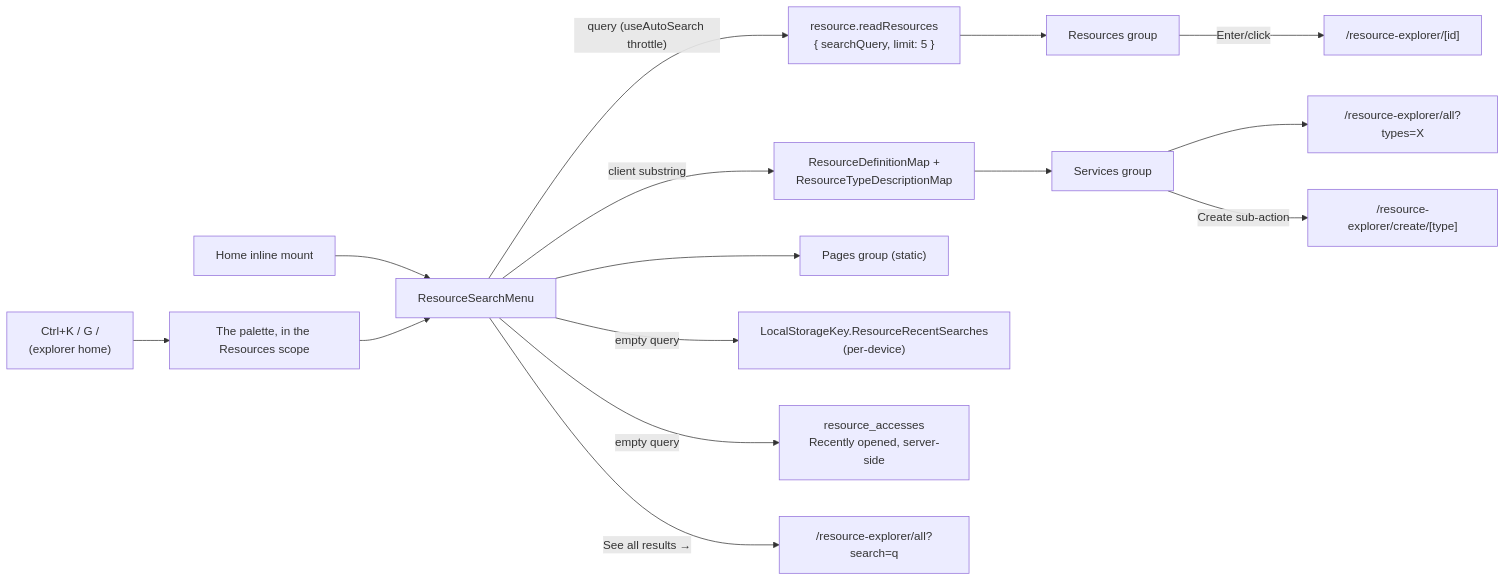
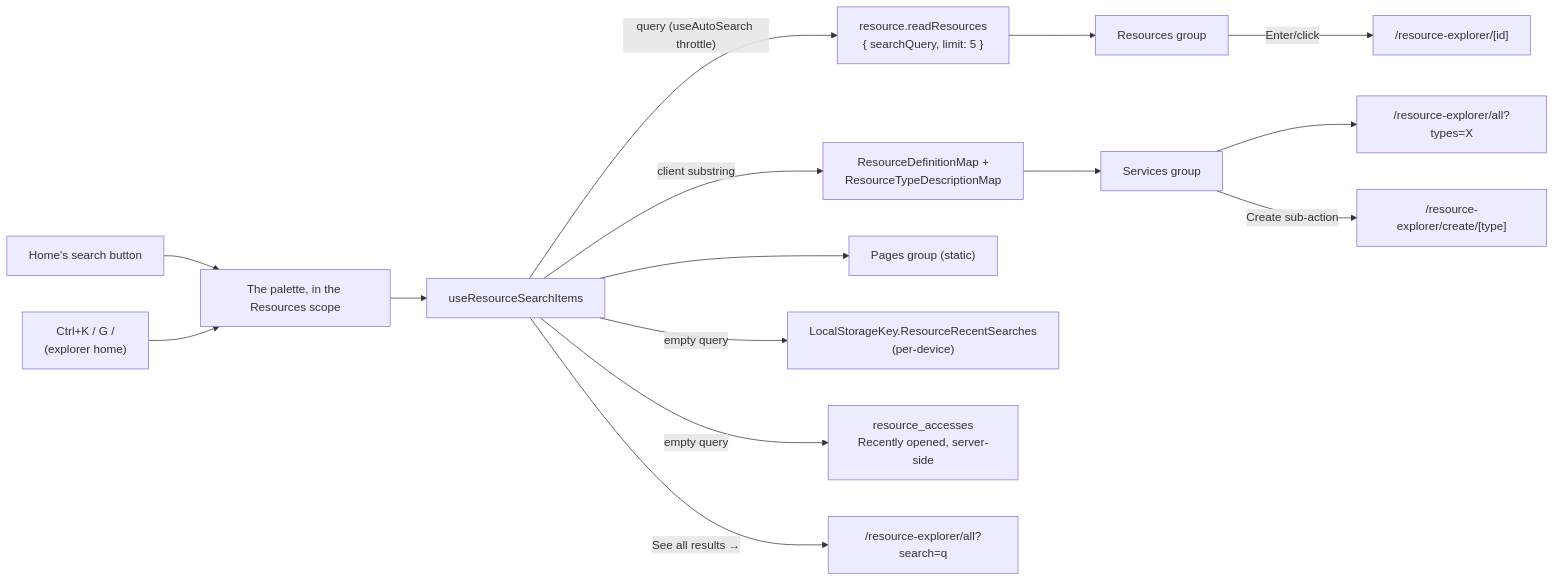
One commit to Esposter/Esposter changed the diagram in apps/web/content/docs/resource/global-search.md. Above: the diagram before and after it, drawn with Mermaid. The commit also changed other lines of this file and 45 other files, not shown here.

````diff
--- a/apps/web/content/docs/resource/global-search.md
+++ b/apps/web/content/docs/resource/global-search.md
@@ -12,16 +12,17 @@
 ```mermaid
 flowchart LR
-  HOME["Home inline mount"] --> SM["ResourceSearchMenu"]
-  CK["Ctrl+K / G /<br/>(explorer home)"] --> DLG["The palette, in the Resources scope"] --> SM
+  HOME["Home's search button"] --> DLG["The palette, in the Resources scope"]
+  CK["Ctrl+K / G /<br/>(explorer home)"] --> DLG
+  DLG --> SM["useResourceSearchItems"]
 
   SM -->|"query (useAutoSearch throttle)"| RR["resource.readResources<br/>{ searchQuery, limit: 5 }"] --> RG["Resources group"]
   SM -->|client substring| RDM["ResourceDefinitionMap +<br/>ResourceTypeDescriptionMap"] --> SG["Services group"]
   SM --> PG["Pages group (static)"]
   SM -->|empty query| LS["LocalStorageKey.ResourceRecentSearches<br/>(per-device)"]
   SM -->|empty query| ACC["resource_accesses<br/>Recently opened, server-side"]
 
   RG -->|Enter/click| RES["/resource-explorer/[id]"]
   SG --> ALLT["/resource-explorer/all?types=X"]
   SG -->|Create sub-action| CT["/resource-explorer/create/[type]"]
   SM -->|"See all results →"| ALL["/resource-explorer/all?search=q"]
 ```
````
